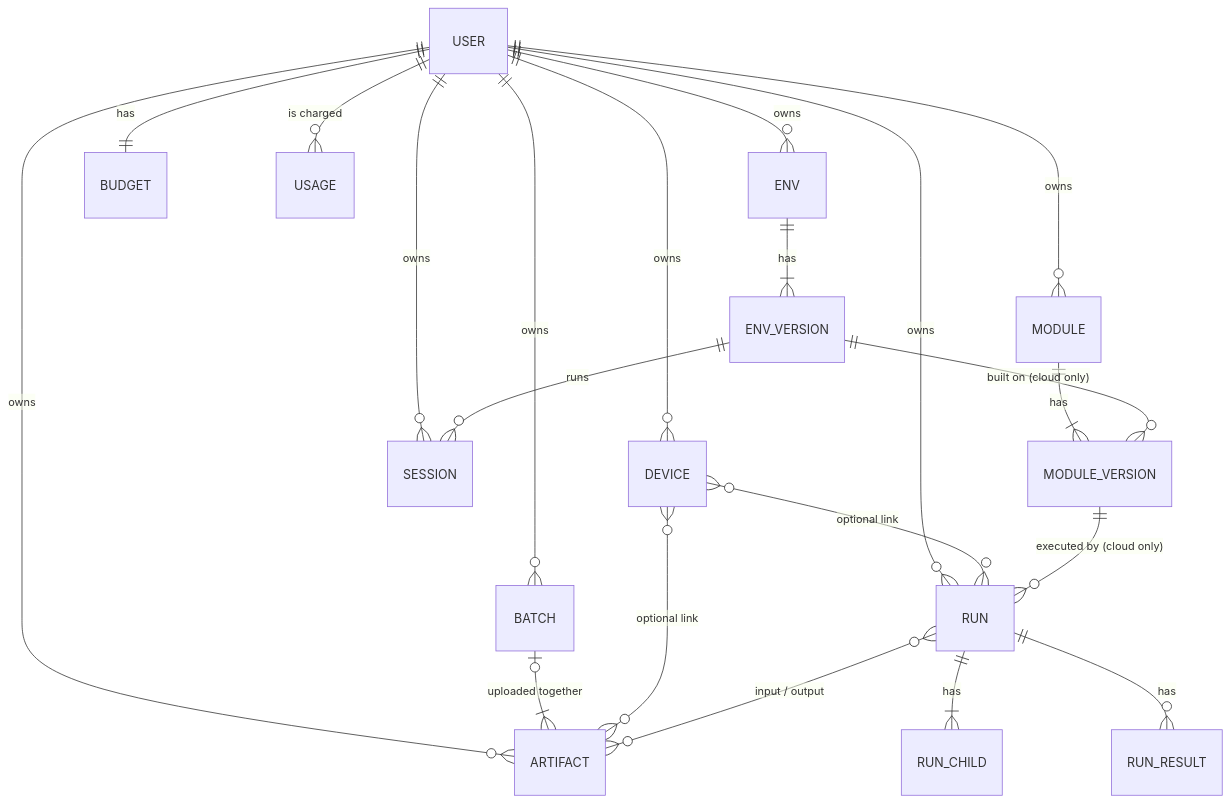
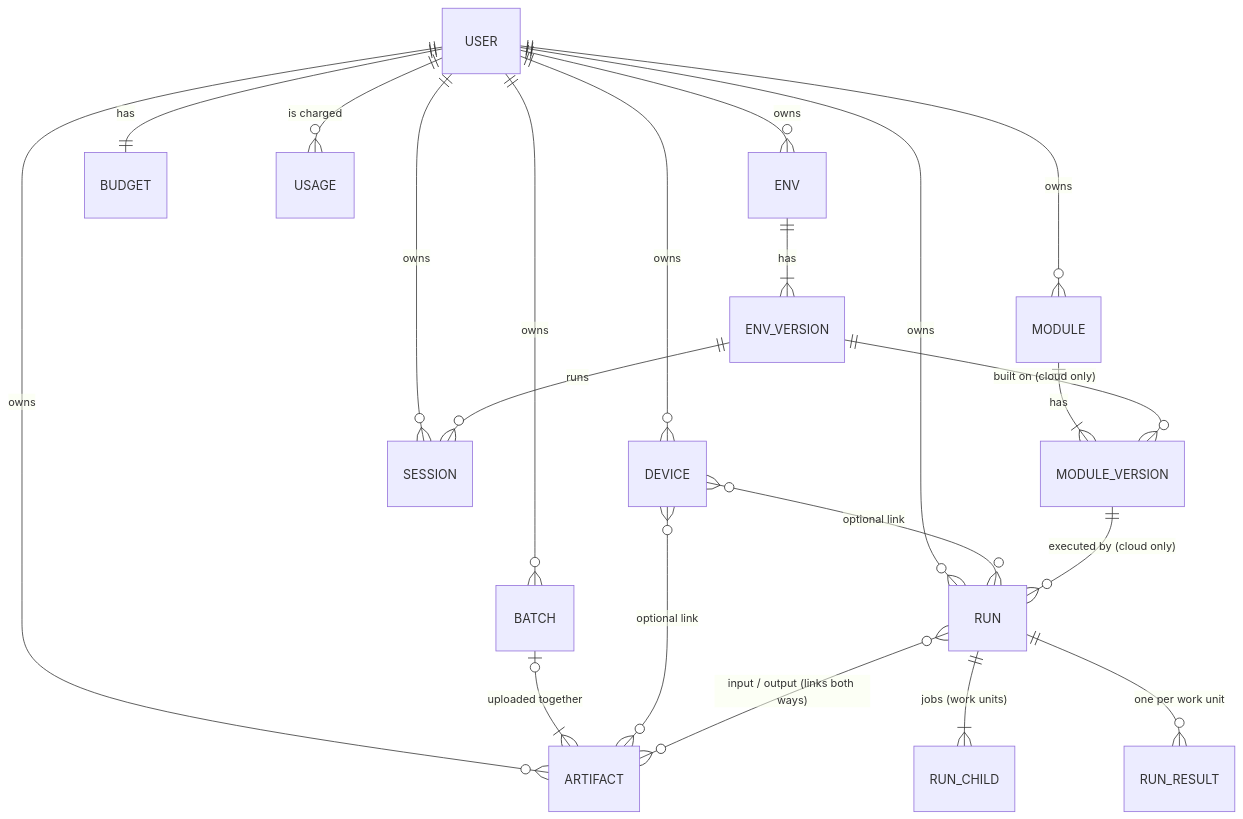
One commit to NathanMal04/Healthcare-IoT-Testbed changed the diagram in Platform/infra/DATABASE.md. Above: the diagram before and after it, drawn with Mermaid. The commit also changed other lines of this file and 52 other files, not shown here.

````diff
--- a/Platform/infra/DATABASE.md
+++ b/Platform/infra/DATABASE.md
@@ -215,23 +234,23 @@
 ```mermaid
 erDiagram
     USER ||--o{ DEVICE : owns
     USER ||--o{ ARTIFACT : owns
     USER ||--o{ BATCH : owns
     BATCH |o--|{ ARTIFACT : "uploaded together"
     USER ||--o{ MODULE : owns
     USER ||--o{ ENV : owns
     USER ||--o{ RUN : owns
     USER ||--o{ SESSION : owns
     USER ||--|| BUDGET : has
     USER ||--o{ USAGE : "is charged"
     DEVICE }o--o{ ARTIFACT : "optional link"
     DEVICE }o--o{ RUN : "optional link"
     MODULE ||--|{ MODULE_VERSION : has
     ENV ||--|{ ENV_VERSION : has
     ENV_VERSION ||--o{ MODULE_VERSION : "built on (cloud only)"
     ENV_VERSION ||--o{ SESSION : "runs"
     MODULE_VERSION ||--o{ RUN : "executed by (cloud only)"
-    RUN ||--|{ RUN_CHILD : has
-    RUN ||--o{ RUN_RESULT : has
-    RUN }o--o{ ARTIFACT : "input / output"
+    RUN ||--|{ RUN_CHILD : "jobs (work units)"
+    RUN ||--o{ RUN_RESULT : "one per work unit"
+    RUN }o--o{ ARTIFACT : "input / output (links both ways)"
 ```
````
